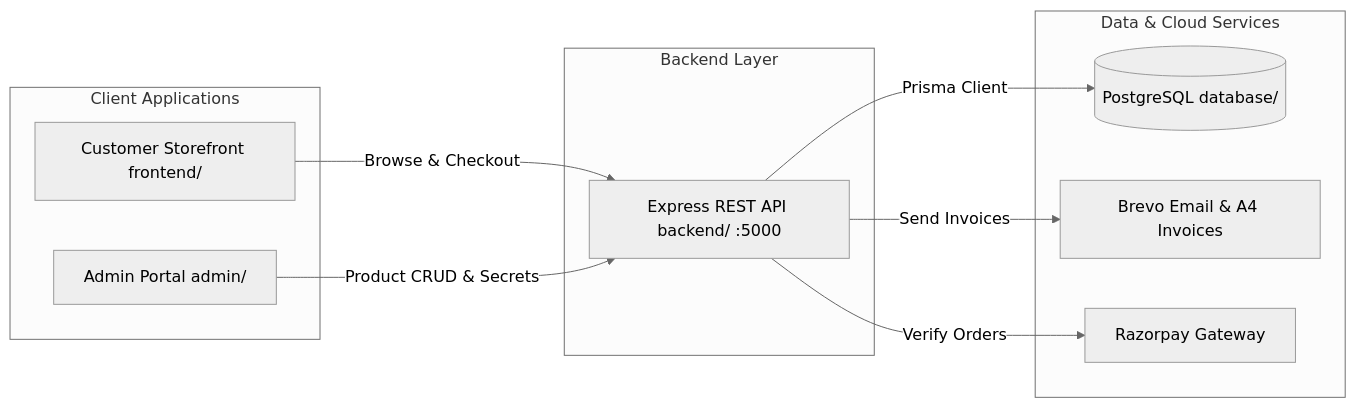
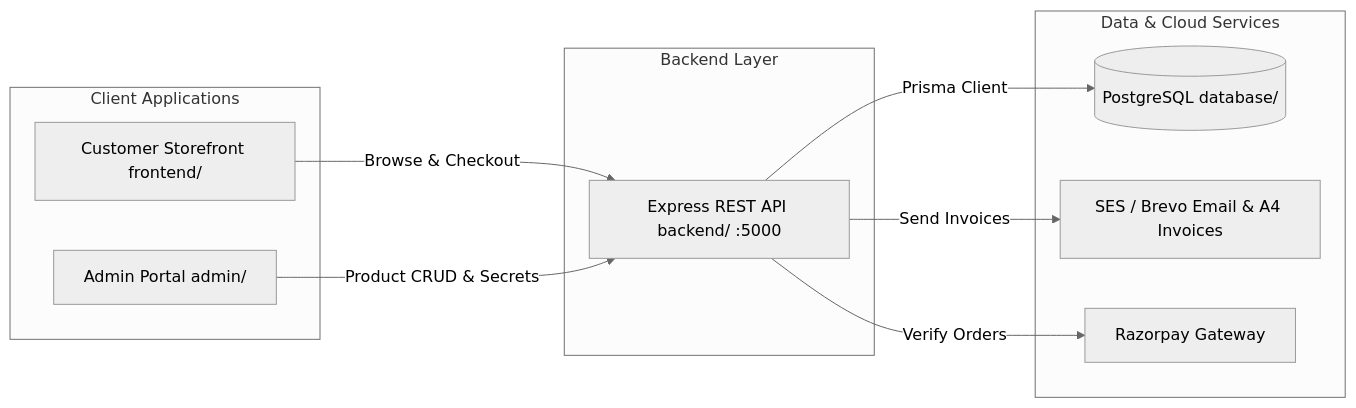
Before and after one commit to Nanda1144/vedhicfoods: the diagram in README.md, drawn with Mermaid (neutral theme). The commit also changed other lines of this file and 331 other files, not shown here.

First line of the commit message:
Fix mobile hero, admin staff flows, and invoice PDF downloads

````diff
--- a/README.md
+++ b/README.md
@@ -11,23 +11,23 @@
 ```mermaid
 graph LR
     subgraph Client Applications
         Storefront[Customer Storefront frontend/]
         AdminPortal[Admin Portal admin/]
     end
 
     subgraph Backend Layer
         RESTAPI[Express REST API backend/ :5000]
     end
 
     subgraph Data & Cloud Services
         DB[(PostgreSQL database/)]
-        Brevo[Brevo Email & A4 Invoices]
+        Email[SES / Brevo Email & A4 Invoices]
         Razorpay[Razorpay Gateway]
     end
 
     Storefront -->|Browse & Checkout| RESTAPI
     AdminPortal -->|Product CRUD & Secrets| RESTAPI
     RESTAPI -->|Prisma Client| DB
-    RESTAPI -->|Send Invoices| Brevo
+    RESTAPI -->|Send Invoices| Email
     RESTAPI -->|Verify Orders| Razorpay
 ```
````
